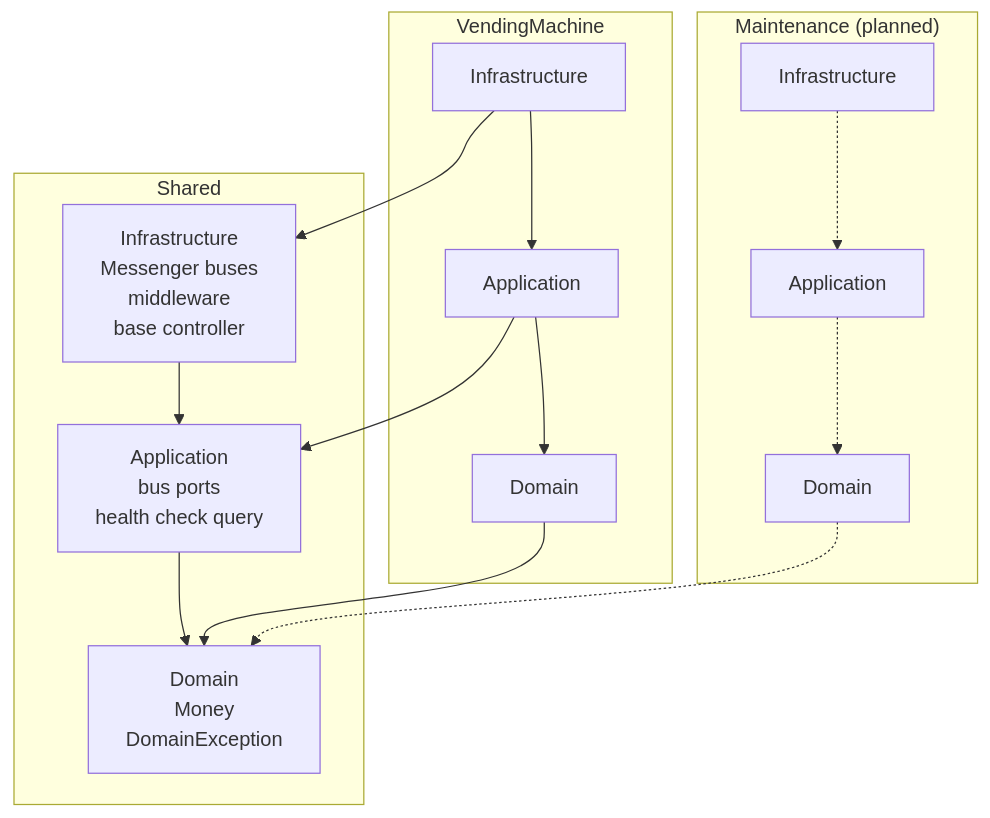
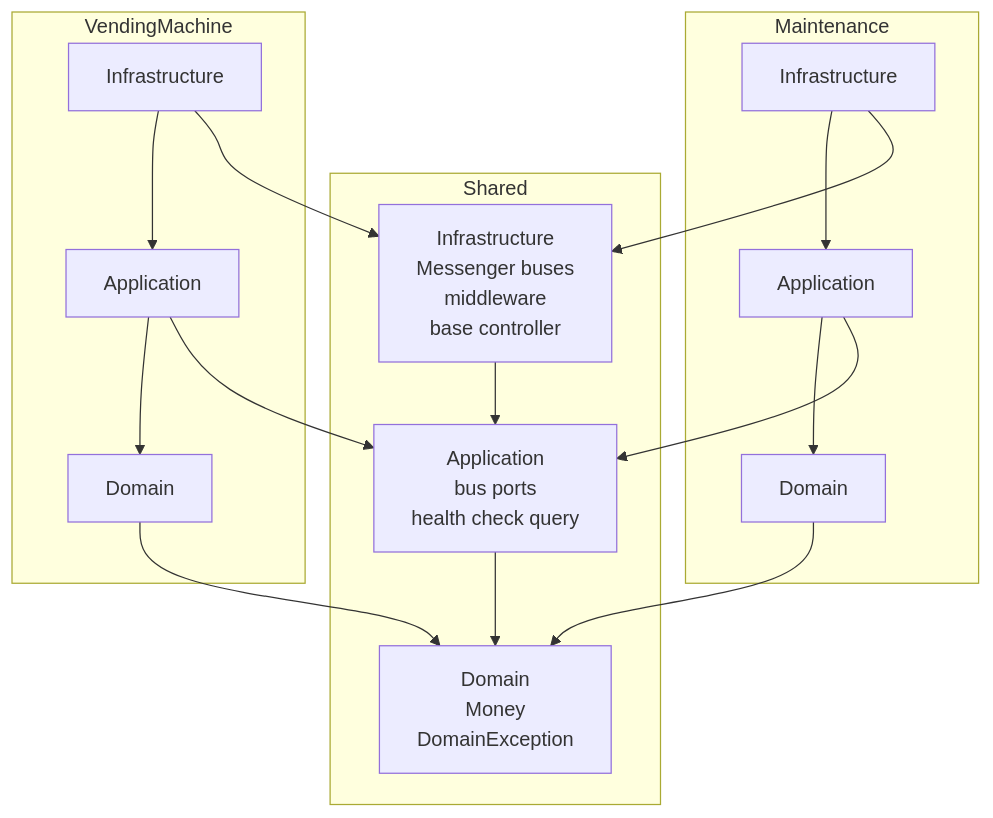
One commit to prubiella/vending-machine-challenge changed the second of 8 diagrams in docs/design.md. Above: the diagram before and after it, drawn with Mermaid. The commit also changed other lines of this file, not shown here.

Commit message:
docs(design): describe the Maintenance context and the technicians as built

````diff
--- a/docs/design.md
+++ b/docs/design.md
@@ -80,28 +81,30 @@
 ```mermaid
 flowchart TB
     subgraph Shared
         SD["Domain<br/>Money<br/>DomainException"]
         SA["Application<br/>bus ports<br/>health check query"]
         SI["Infrastructure<br/>Messenger buses<br/>middleware<br/>base controller"]
     end
     subgraph VendingMachine
         VD[Domain]
         VA[Application]
         VI[Infrastructure]
     end
-    subgraph Maintenance["Maintenance (planned)"]
+    subgraph Maintenance
         MD[Domain]
         MA[Application]
         MI[Infrastructure]
     end
     SA --> SD
     SI --> SA
     VD --> SD
     VA --> VD
     VA --> SA
     VI --> VA
     VI --> SI
-    MD -.-> SD
-    MA -.-> MD
-    MI -.-> MA
+    MD --> SD
+    MA --> MD
+    MA --> SA
+    MI --> MA
+    MI --> SI
 ```
````
